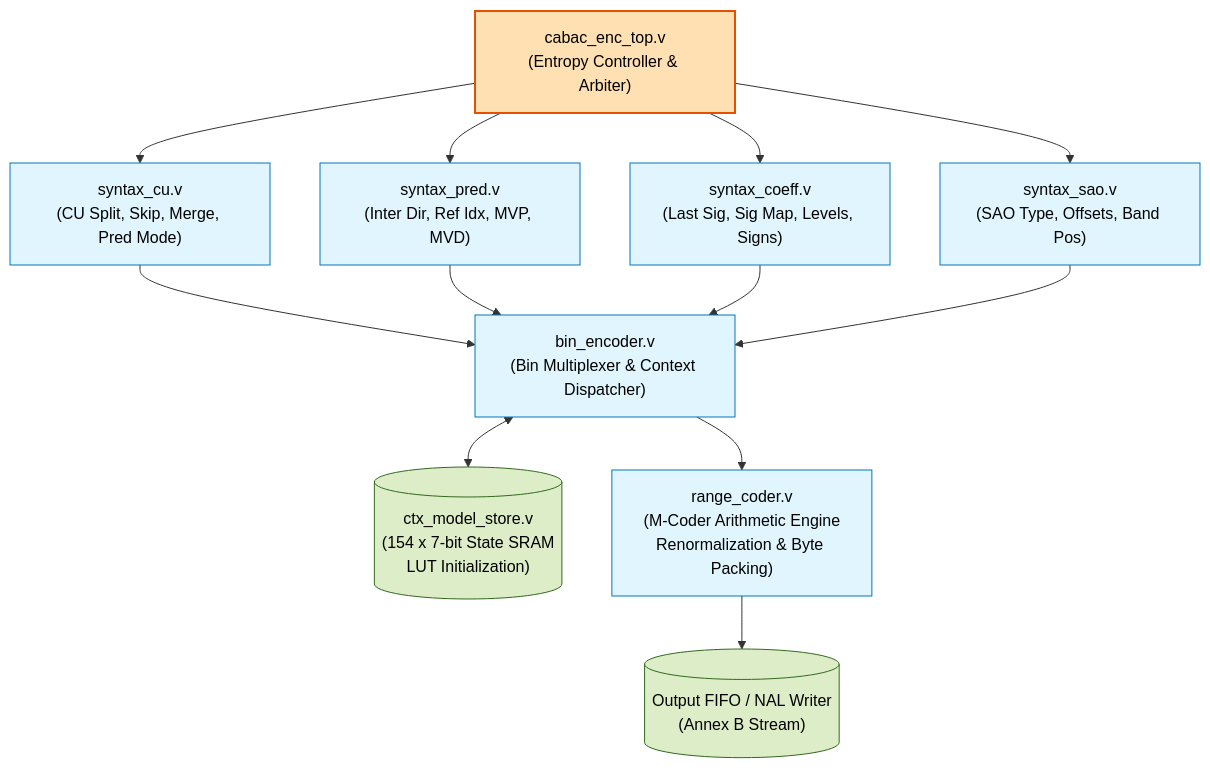
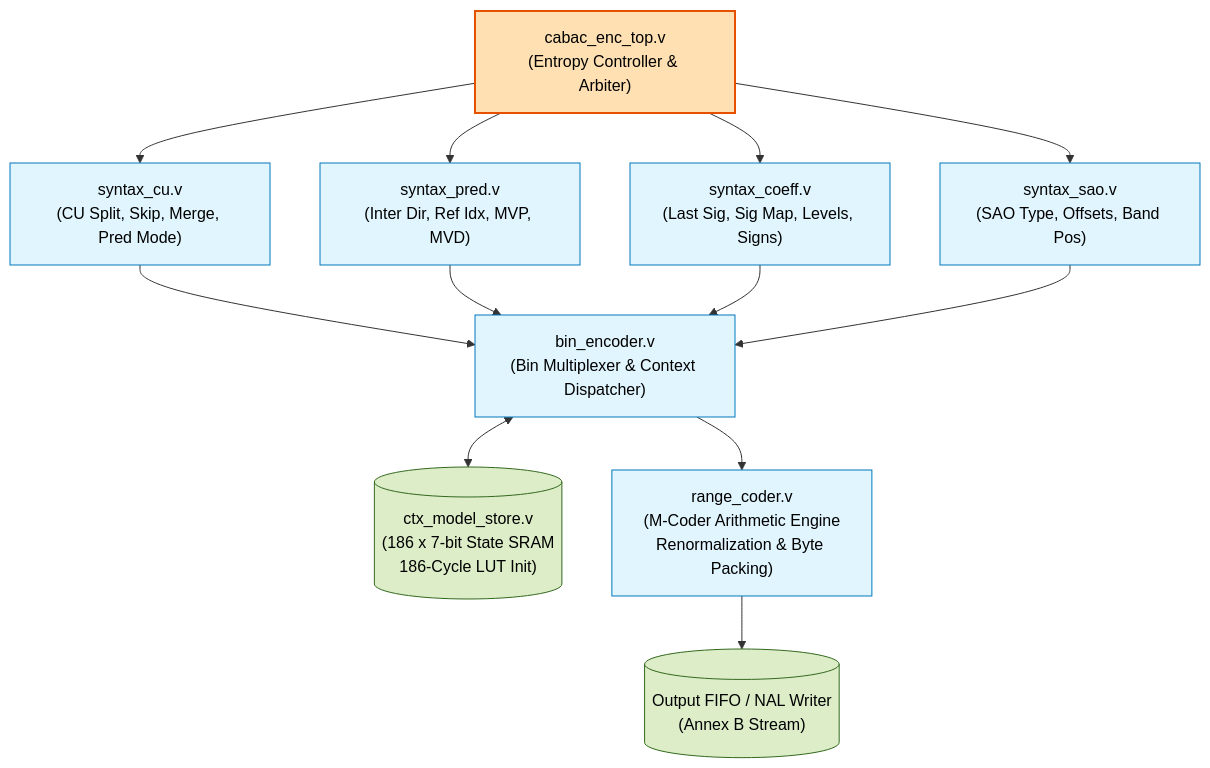
The second of 2 diagrams in docs/CABAC.md (minh-tb/hevc_hw_encoder), drawn with Mermaid before and after one commit. The commit also changed other lines of this file and 55 other files, not shown here.

Commit message:
Optimize 4-pillar CTU cycle latency (62,747 cyc/CTU) with bit-exact HM 18.0 conformance, Vivado IP sync, and docs update

````diff
--- a/docs/CABAC.md
+++ b/docs/CABAC.md
@@ -106,20 +106,20 @@
 ```mermaid
 graph TD
     classDef topmod fill:#ffe0b2,stroke:#e65100,stroke-width:2px,color:#000;
     classDef submod fill:#e1f5fe,stroke:#0277bd,stroke-width:1px,color:#000;
     classDef sram fill:#dcedc8,stroke:#33691e,stroke-width:1px,color:#000;
 
     Top["cabac_enc_top.v<br/>(Entropy Controller & Arbiter)"]:::topmod
 
     Top --> SCU["syntax_cu.v<br/>(CU Split, Skip, Merge, Pred Mode)"]:::submod
     Top --> SPRED["syntax_pred.v<br/>(Inter Dir, Ref Idx, MVP, MVD)"]:::submod
     Top --> SCOEFF["syntax_coeff.v<br/>(Last Sig, Sig Map, Levels, Signs)"]:::submod
     Top --> SSAO["syntax_sao.v<br/>(SAO Type, Offsets, Band Pos)"]:::submod
 
     SCU & SPRED & SCOEFF & SSAO --> BIN["bin_encoder.v<br/>(Bin Multiplexer & Context Dispatcher)"]:::submod
 
-    BIN <--> CTX[("ctx_model_store.v<br/>(154 x 7-bit State SRAM<br/>LUT Initialization)")]:::sram
+    BIN <--> CTX[("ctx_model_store.v<br/>(186 x 7-bit State SRAM<br/>186-Cycle LUT Init)")]:::sram
     BIN --> RC["range_coder.v<br/>(M-Coder Arithmetic Engine<br/>Renormalization & Byte Packing)"]:::submod
 
     RC --> OUT[("Output FIFO / NAL Writer<br/>(Annex B Stream)")]:::sram
 ```
````
